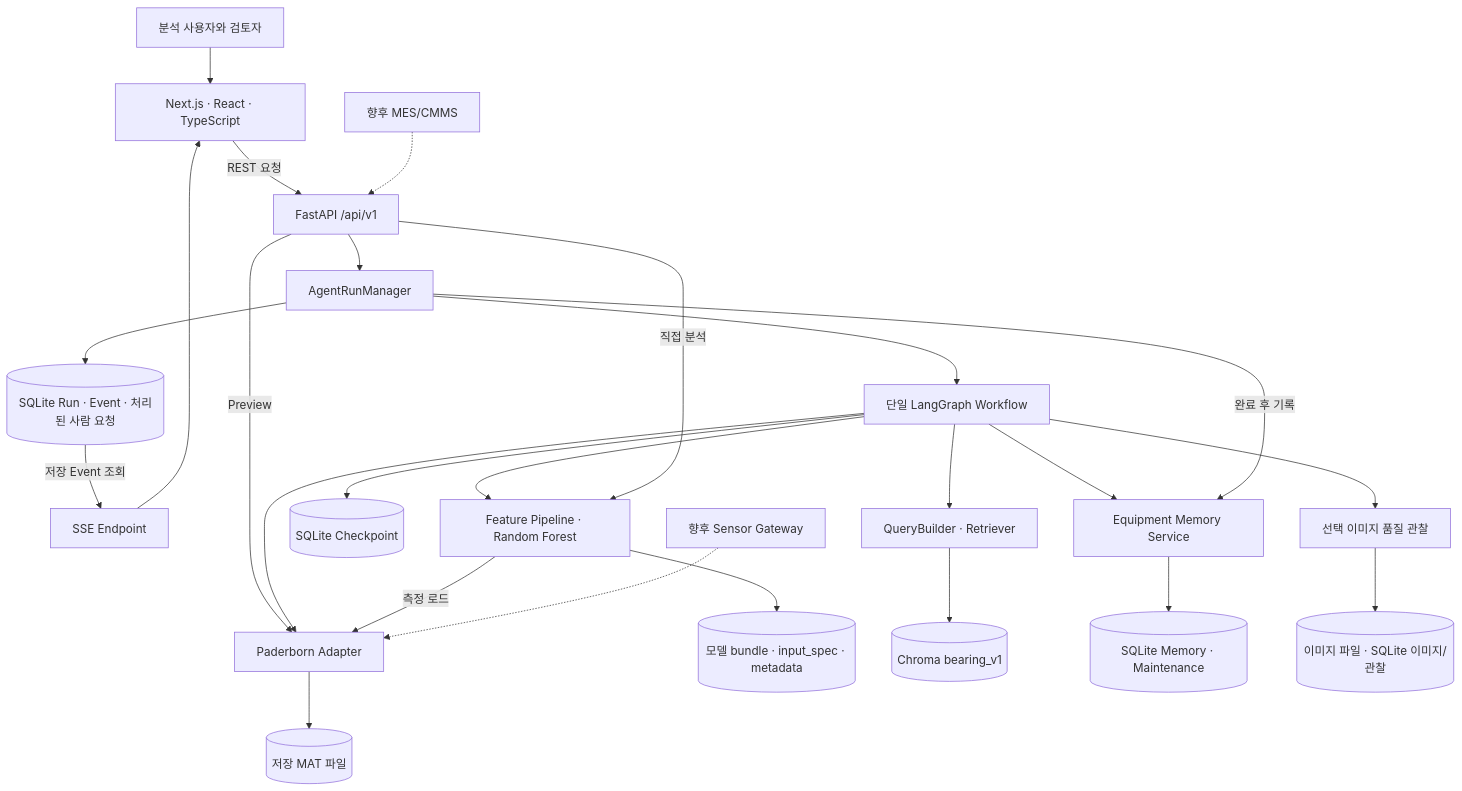
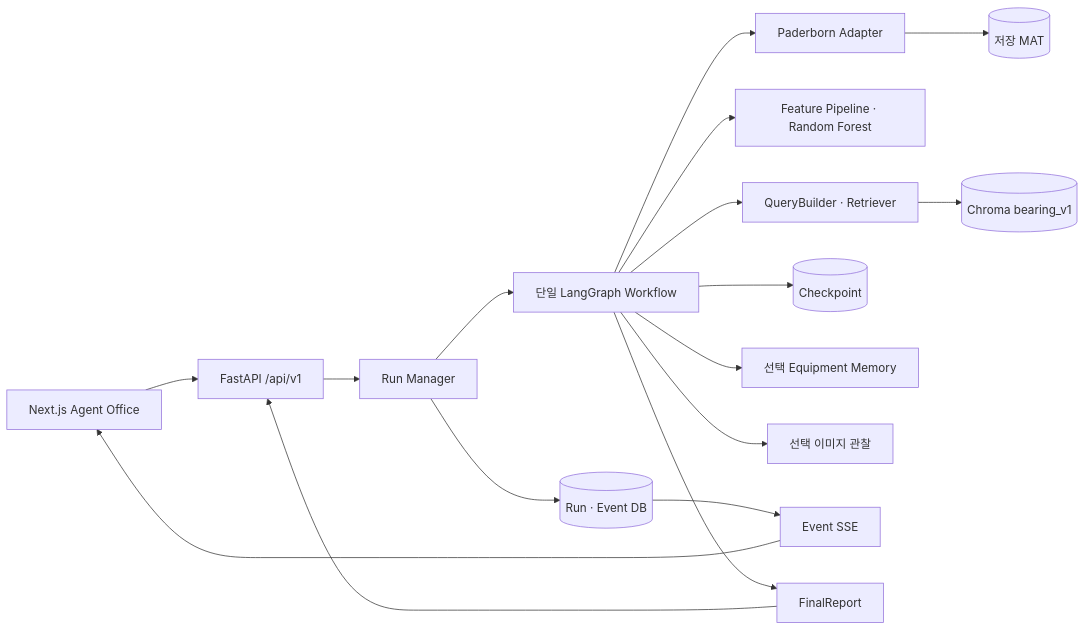
The second of 2 diagrams in docs/02_기능_요구_명세서.md (quantmichael/AI-Smart-Factory-Agent-Office), drawn with Mermaid before and after one commit. The commit also changed other lines of this file and 1 other file, not shown here.

````diff
--- a/docs/02_기능_요구_명세서.md
+++ b/docs/02_기능_요구_명세서.md
@@ -1069,27 +199,19 @@
 ```mermaid
-flowchart TB
-    user["분석 사용자와 검토자"] --> ui["Next.js · React · TypeScript"]
-    ui -->|"REST 요청"| api["FastAPI /api/v1"]
-    api --> manager["AgentRunManager"]
-    manager --> workflow["단일 LangGraph Workflow"]
-    manager --> runStore[("SQLite Run · Event · 처리된 사람 요청")]
-    runStore -->|"저장 Event 조회"| sse["SSE Endpoint"]
-    sse --> ui
-    api -->|"Preview"| adapter["Paderborn Adapter"]
-    workflow --> adapter
-    adapter --> mat[("저장 MAT 파일")]
-    workflow --> ml["Feature Pipeline · Random Forest"]
-    api -->|"직접 분석"| ml
-    ml -->|"측정 로드"| adapter
-    ml --> model[("모델 bundle · input_spec · metadata")]
-    workflow --> rag["QueryBuilder · Retriever"]
-    rag --> chroma[("Chroma bearing_v1")]
-    workflow --> cp[("SQLite Checkpoint")]
-    workflow --> mem["Equipment Memory Service"]
-    manager -->|"완료 후 기록"| mem
-    mem --> memStore[("SQLite Memory · Maintenance")]
-    workflow --> vision["선택 이미지 품질 관찰"]
-    vision --> images[("이미지 파일 · SQLite 이미지/관찰")]
-    gateway["향후 Sensor Gateway"] -.-> adapter
-    cmms["향후 MES/CMMS"] -.-> api
+flowchart LR
+    UI["Next.js Agent Office"] --> API["FastAPI /api/v1"]
+    API --> RM["Run Manager"]
+    RM --> DB[("Run · Event DB")]
+    RM --> WF["단일 LangGraph Workflow"]
+    WF --> AD["Paderborn Adapter"]
+    AD --> MAT[("저장 MAT")]
+    WF --> ML["Feature Pipeline · Random Forest"]
+    WF --> RAG["QueryBuilder · Retriever"]
+    RAG --> CH[("Chroma bearing_v1")]
+    WF --> CP[("Checkpoint")]
+    WF --> MEM["선택 Equipment Memory"]
+    WF --> VIS["선택 이미지 관찰"]
+    DB --> SSE["Event SSE"]
+    SSE --> UI
+    WF --> REP["FinalReport"]
+    REP --> API
 ```
````
